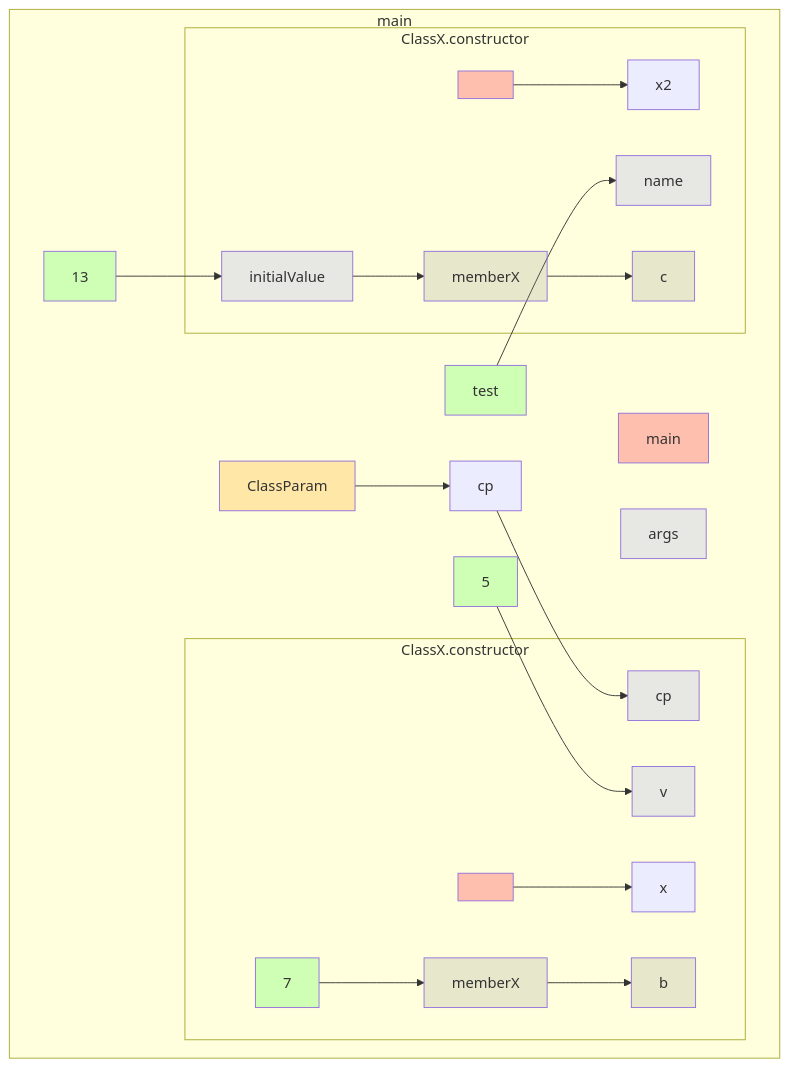
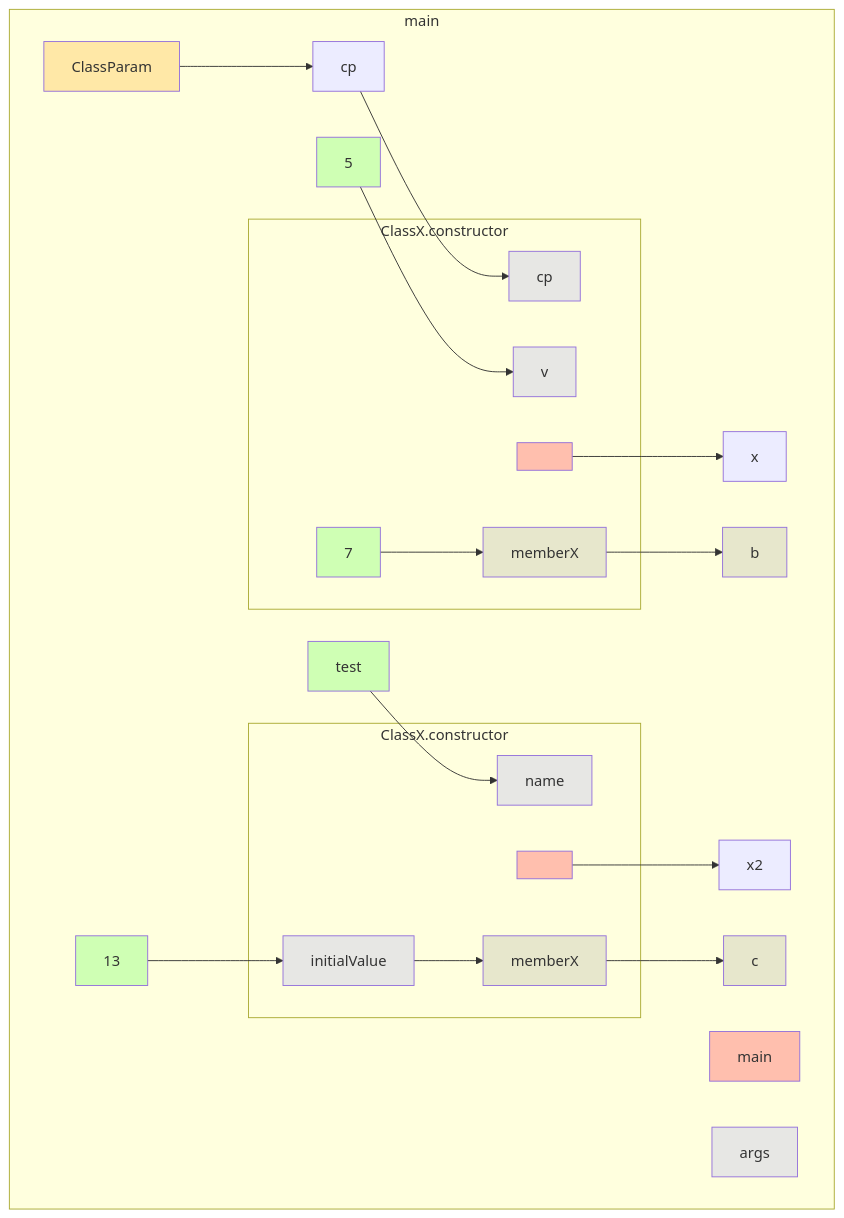
One commit to gstiebler/codeflow changed the diagram in app/src/test/resources/constructor/truth.md. Above: the diagram before and after it, drawn with Mermaid. The commit also changed 34 other files, not shown here.

````diff
--- a/app/src/test/resources/constructor/truth.md
+++ b/app/src/test/resources/constructor/truth.md
@@ -1,47 +1,47 @@
 ```mermaid
 flowchart TD
   subgraph b0["main"]
     n1[main]:::RETURN
     n2[args]:::FUNC_PARAM
     n3[ClassParam]:::EXTERNAL
     n4[cp]:::OBJ_VARIABLE
     n5[5]:::LITERAL
     n12[x]:::OBJ_VARIABLE
     n13[b]:::VARIABLE
     n14[13]:::LITERAL
     n15["test"]:::LITERAL
     n21[x2]:::OBJ_VARIABLE
     n22[c]:::VARIABLE
     n3[ClassParam]:::EXTERNAL --> n4[cp]:::OBJ_VARIABLE
     n4[cp]:::OBJ_VARIABLE --> n9[cp]:::FUNC_PARAM
     n5[5]:::LITERAL --> n8[v]:::FUNC_PARAM
     n14[13]:::LITERAL --> n18[initialValue]:::FUNC_PARAM
     n15["test"]:::LITERAL --> n19[name]:::FUNC_PARAM
+    n7[<init>]:::RETURN --> n12[x]:::OBJ_VARIABLE
+    n11[memberX]:::VARIABLE --> n13[b]:::VARIABLE
+    n17[<init>]:::RETURN --> n21[x2]:::OBJ_VARIABLE
+    n20[memberX]:::VARIABLE --> n22[c]:::VARIABLE
     subgraph b6["ClassX.constructor"]
       n7[<init>]:::RETURN
       n8[v]:::FUNC_PARAM
       n9[cp]:::FUNC_PARAM
       n10[7]:::LITERAL
       n11[memberX]:::VARIABLE
-      n7[<init>]:::RETURN --> n12[x]:::OBJ_VARIABLE
       n10[7]:::LITERAL --> n11[memberX]:::VARIABLE
-      n11[memberX]:::VARIABLE --> n13[b]:::VARIABLE
     end
     subgraph b16["ClassX.constructor"]
       n17[<init>]:::RETURN
       n18[initialValue]:::FUNC_PARAM
       n19[name]:::FUNC_PARAM
       n20[memberX]:::VARIABLE
-      n17[<init>]:::RETURN --> n21[x2]:::OBJ_VARIABLE
       n18[initialValue]:::FUNC_PARAM --> n20[memberX]:::VARIABLE
-      n20[memberX]:::VARIABLE --> n22[c]:::VARIABLE
     end
   end
   classDef LITERAL fill:#00FF0030
   classDef VARIABLE fill:#80808030
   classDef BIN_OP fill:#80808080
   classDef FUNC_PARAM fill:#8080FF30
   classDef RETURN fill:#FF808080
   classDef EXTERNAL fill:#FFA50040
   classDef UNMODELLED fill:#FF000030,stroke-dasharray: 4 2
 ```
````
